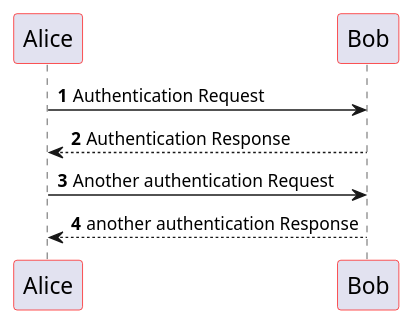
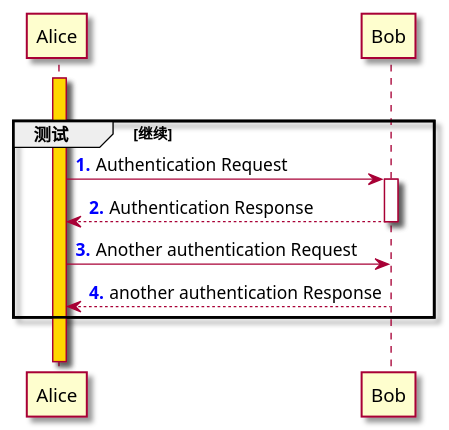
The diagram in doc/design_diagram/study_plant_uml/diagram1_sequence.puml (yanxueweicn/tdd_dev), drawn with PlantUML before and after one commit. The commit also changed 1 other file, not shown here.

Commit message:
继续优化时序图

```diff
--- a/doc/design_diagram/study_plant_uml/diagram1_sequence.puml
+++ b/doc/design_diagram/study_plant_uml/diagram1_sequence.puml
@@ -1,36 +1,51 @@
 @startuml
 'https://plantuml.com/sequence-diagram
 
 '!$BGCOLOR="white"
-
 '!theme materia
 ' or !include https://raw.githubusercontent.com/bschwarz/puml-themes/master/themes/materia/puml-theme-materia.puml
 
-'skin rose
+skin rose
 /'
 <style>
     sequenceDiagram {
         participant {
             FontColor Black
             LineColor red
             BackGroundColor LightYellow
         }
     }
+</style>
 
-</style>
+skinparam backGroundColor white
+skinparam handwritten true
+skinparam roundCorner 10
+skinparam sequence {
+    participantBorderThickness 2
+    participantBorderColor red
+    participantBackgroundColor business
+    participantFontColor Black
+    participantFontSize 17
+
+    lifeLineBorderColor red
+    lifeLineBackgroundColor white
+
+    arrowColor red
+}
 '/
 
-skinparam sequence {
-    participantBorderColor red
-    participantFontColor Black
-    participantFontSize 17
-}
+'autonumber start step "<b><color:red>0|#."
+autonumber 1 1 "<b><color:blue>."
+|||
+group 测试 [继续]
+    activate Alice #gold
 
-autonumber
+    Alice -> Bob ++ : Authentication Request
+    Alice <-- Bob -- : Authentication Response
 
-Alice -> Bob: Authentication Request
-Bob --> Alice: Authentication Response
+    Alice -> Bob: Another authentication Request
+    return another authentication Response
+end
+|||
 
-Alice -> Bob: Another authentication Request
-Alice <-- Bob: another authentication Response
 @enduml
```
